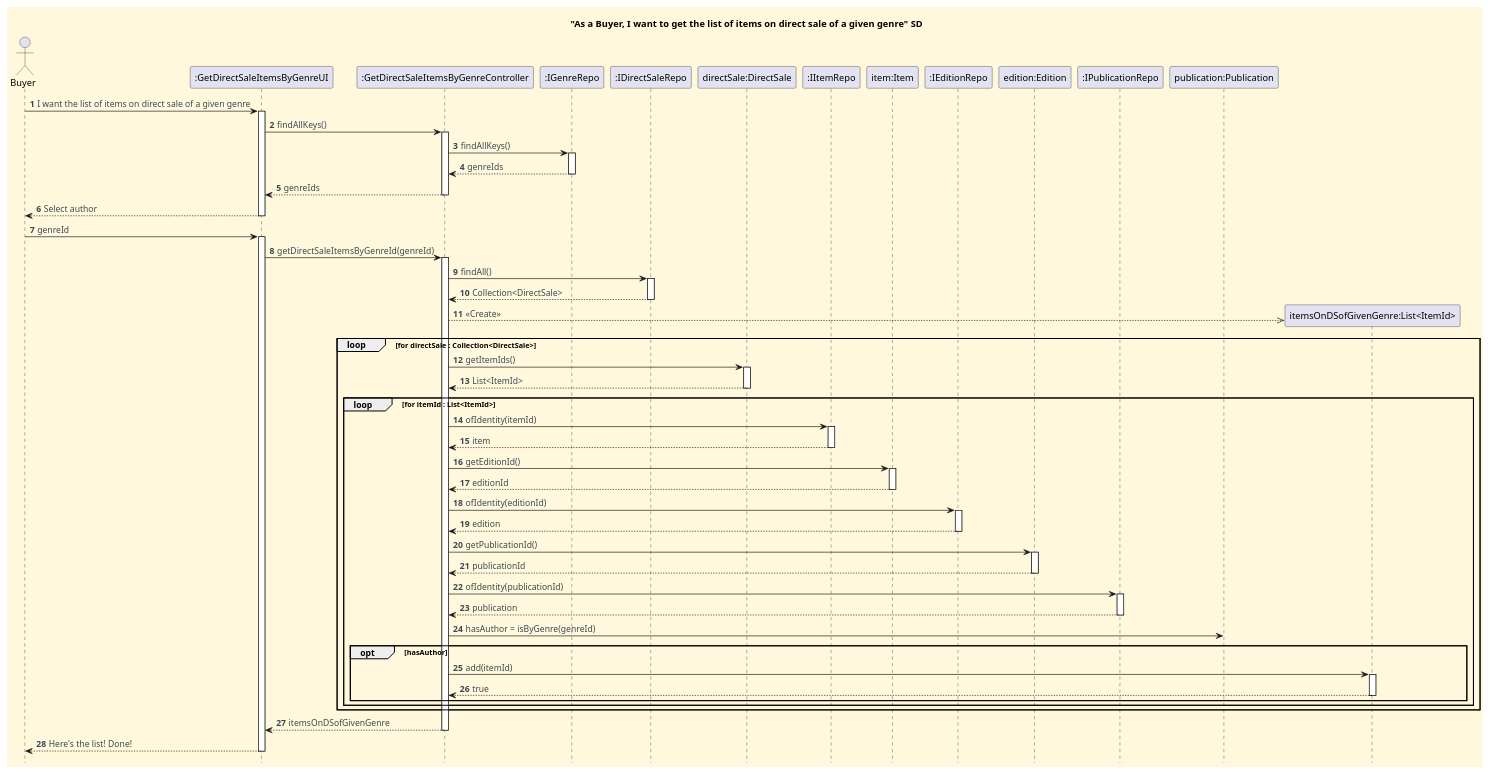
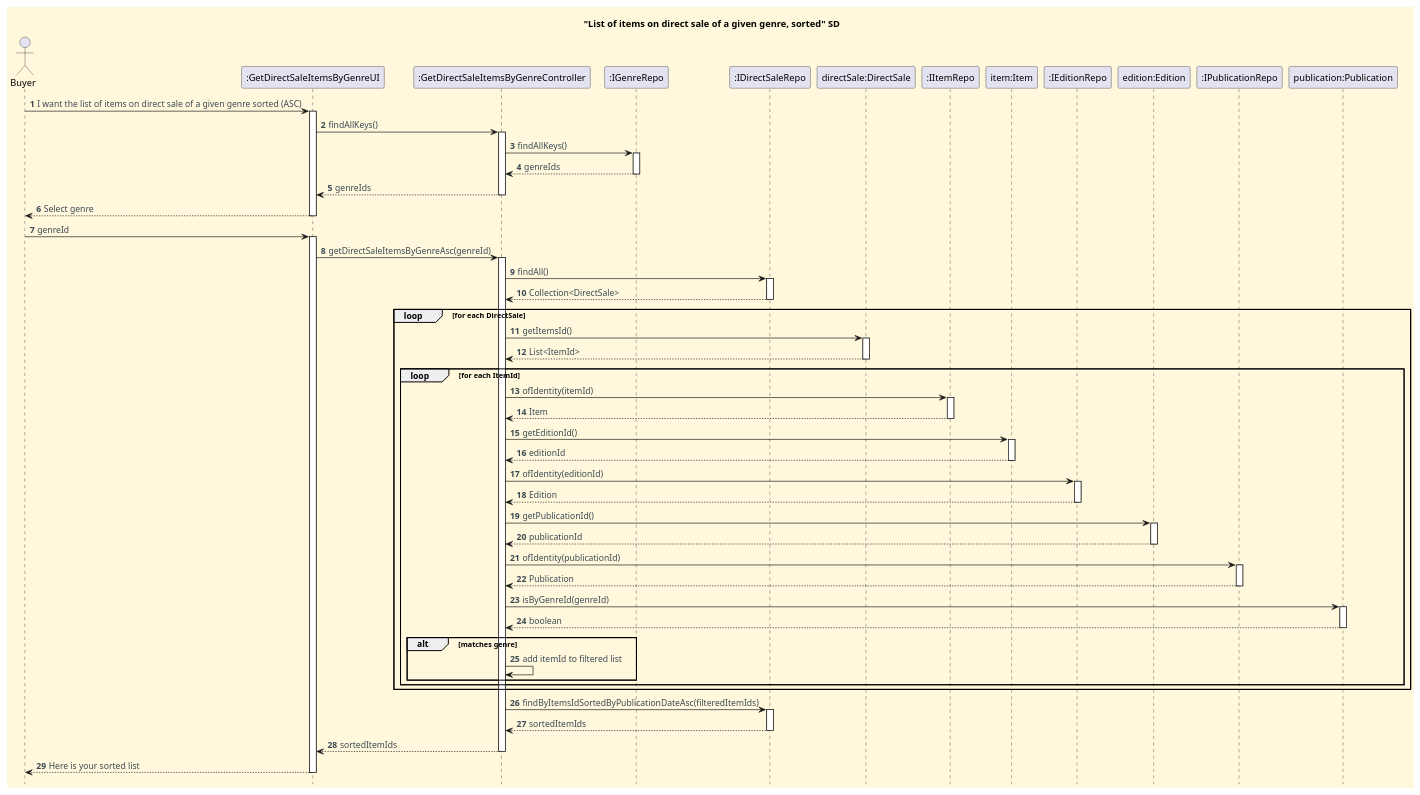
The diagram in docs/functionalities/buyer/get-list-of-items-on-direct-sale-of-given-genre/Get_List_Of_Items_On_Direct_Sale_Of_Given_Genre_SD_2.puml (CarolinaLeite-collab/JavaMarketplacePlatform), drawn with PlantUML before and after one commit.

Commit message:
task: Updated GetListOfItemsOnDirectSaleSorted SD #840

```diff
--- a/docs/functionalities/buyer/get-list-of-items-on-direct-sale-of-given-genre/Get_List_Of_Items_On_Direct_Sale_Of_Given_Genre_SD_2.puml
+++ b/docs/functionalities/buyer/get-list-of-items-on-direct-sale-of-given-genre/Get_List_Of_Items_On_Direct_Sale_Of_Given_Genre_SD_2.puml
@@ -1,107 +1,111 @@
 @startuml
-title "As a Buyer, I want to get the list of items on direct sale of a given genre" SD
+title "List of items on direct sale of a given genre, sorted" SD
 hidefootbox
 
 skinparam shadowing false
 skinparam defaultFontName Futura
 skinparam objectFontSize 20
 skinparam backgroundColor CornSilk
 skinparam objectBackgroundColor WhiteSmoke
 skinparam ArrowFontColor #3B4953
 
 autonumber
 autoactivate off
 
 actor Buyer
 participant ":GetDirectSaleItemsByGenreUI" as UI
 participant ":GetDirectSaleItemsByGenreController" as CTL
 participant ":IGenreRepo" as AR
 participant ":IDirectSaleRepo" as DSR
 participant "directSale:DirectSale" as DS
 participant ":IItemRepo" as IR
 participant "item:Item" as Item
 participant ":IEditionRepo" as ER
 participant "edition:Edition" as Edition
 participant ":IPublicationRepo" as PR
 participant "publication:Publication" as Publication
 
 
-Buyer -> UI: I want the list of items on direct sale of a given genre
+Buyer -> UI: I want the list of items on direct sale of a given genre sorted (ASC)
 activate UI
 UI -> CTL : findAllKeys()
 activate CTL
 CTL -> AR : findAllKeys()
 activate AR
 
 AR --> CTL : genreIds
 deactivate AR
 
 CTL --> UI : genreIds
 deactivate CTL
-UI --> Buyer: Select author
+UI --> Buyer: Select genre
 deactivate UI
 Buyer -> UI: genreId
 activate UI
 
 
-UI -> CTL: getDirectSaleItemsByGenreId(genreId)
+UI -> CTL: getDirectSaleItemsByGenreAsc(genreId)
 activate CTL
 
 CTL -> DSR: findAll()
 activate DSR
 
 DSR --> CTL: Collection<DirectSale>
 deactivate DSR
 
-create "itemsOnDSofGivenGenre:List<ItemId>"
-CTL -->> "itemsOnDSofGivenGenre:List<ItemId>" : <<Create>>
+loop for each DirectSale
+    CTL -> DS: getItemsId()
+    activate DS
+    DS --> CTL: List<ItemId>
+    deactivate DS
 
-loop for directSale : Collection<DirectSale>
-CTL -> DS : getItemIds()
-activate DS
-DS --> CTL : List<ItemId>
-deactivate DS
+    loop for each ItemId
+        CTL -> IR: ofIdentity(itemId)
+        activate IR
+        IR --> CTL: Item
+        deactivate IR
 
-loop for itemId : List<ItemId>
-CTL -> IR : ofIdentity(itemId)
-activate IR
-IR --> CTL : item
-deactivate IR
-CTL -> Item : getEditionId()
-activate Item
-Item --> CTL : editionId
-deactivate Item
+        CTL -> Item: getEditionId()
+        activate Item
+        Item --> CTL: editionId
+        deactivate Item
 
-CTL -> ER : ofIdentity(editionId)
-activate ER
-ER --> CTL : edition
-deactivate ER
-CTL -> Edition : getPublicationId()
-activate Edition
-Edition --> CTL : publicationId
-deactivate Edition
+        CTL -> ER: ofIdentity(editionId)
+        activate ER
+        ER --> CTL: Edition
+        deactivate ER
 
-CTL -> PR : ofIdentity(publicationId)
-activate PR
-PR --> CTL : publication
-deactivate PR
+        CTL -> Edition: getPublicationId()
+        activate Edition
+        Edition --> CTL: publicationId
+        deactivate Edition
 
-CTL -> Publication : hasAuthor = isByGenre(genreId)
+        CTL -> PR: ofIdentity(publicationId)
+        activate PR
+        PR --> CTL: Publication
+        deactivate PR
 
-opt hasAuthor
-CTL -> "itemsOnDSofGivenGenre:List<ItemId>" : add(itemId)
-activate "itemsOnDSofGivenGenre:List<ItemId>"
-"itemsOnDSofGivenGenre:List<ItemId>" --> CTL : true
-deactivate "itemsOnDSofGivenGenre:List<ItemId>"
-end
-end
+        CTL -> Publication: isByGenreId(genreId)
+        activate Publication
+        Publication --> CTL: boolean
+        deactivate Publication
+
+        alt matches genre
+            CTL -> CTL: add itemId to filtered list
+        end
+    end
 end
 
+CTL -> DSR: findByItemsIdSortedByPublicationDateAsc(filteredItemIds)
+activate DSR
+DSR --> CTL: sortedItemIds
+deactivate DSR
 
-CTL --> UI: itemsOnDSofGivenGenre
+CTL --> UI: sortedItemIds
 deactivate CTL
 
-UI --> Buyer: Here's the list! Done!
+UI --> Buyer: Here is your sorted list
 deactivate UI
 
+
 @enduml
```
